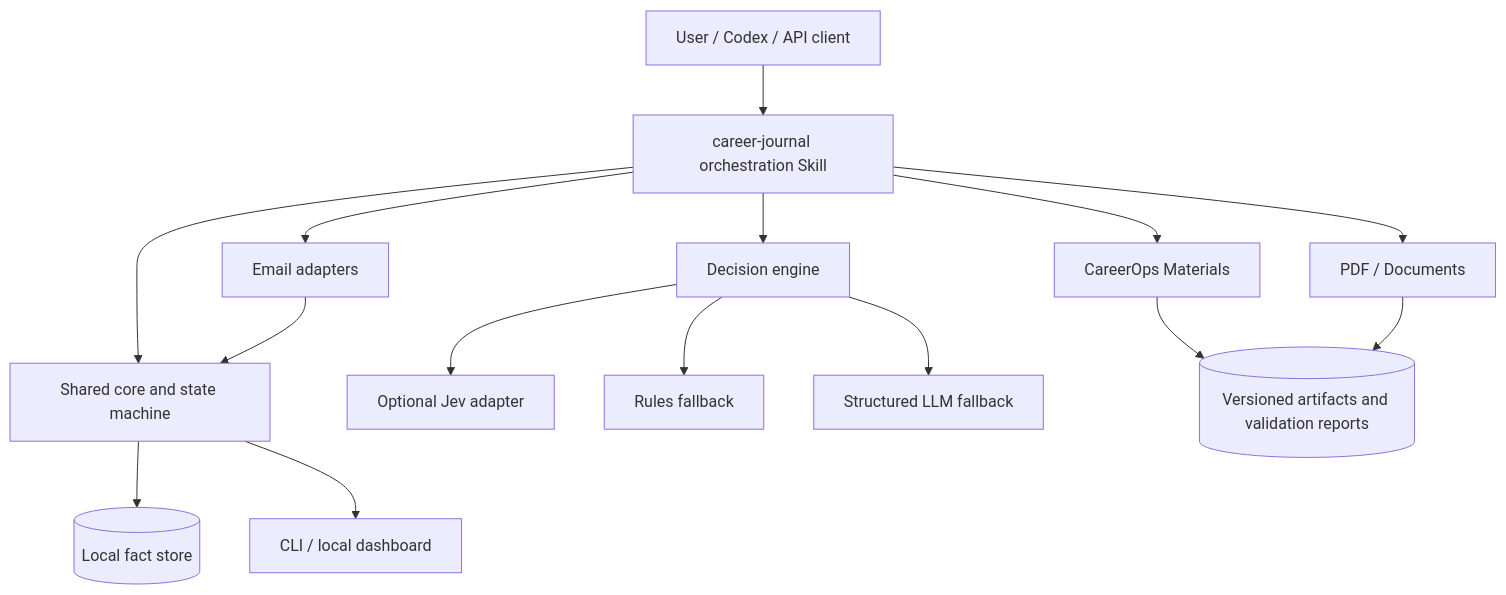
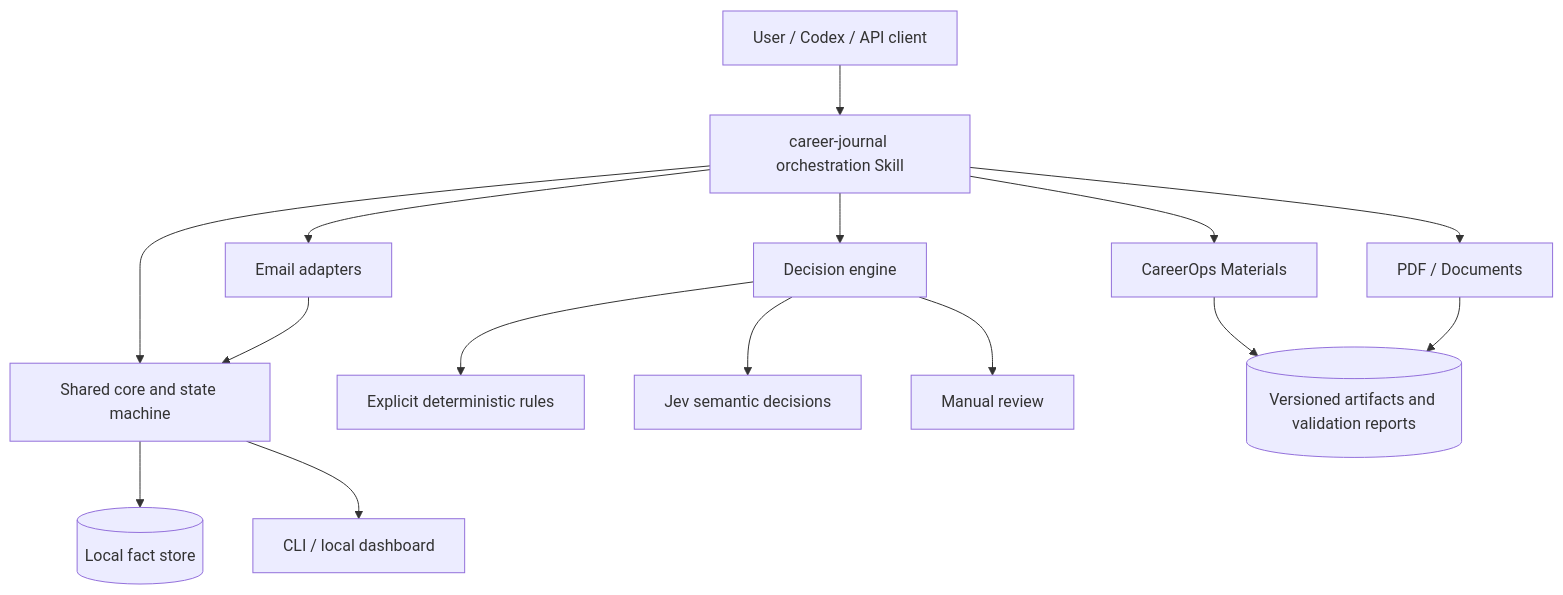
Before and after one commit to haowen-ai/career-journal: the diagram in docs/superpowers/specs/2026-09-19-job-search-ops-prd-design.en.md, drawn with Mermaid. The commit also changed other lines of this file and 29 other files, not shown here.

````diff
--- a/docs/superpowers/specs/2026-09-19-job-search-ops-prd-design.en.md
+++ b/docs/superpowers/specs/2026-09-19-job-search-ops-prd-design.en.md
@@ -97,17 +97,17 @@
 ```mermaid
 flowchart TB
     U[User / Codex / API client] --> O[career-journal orchestration Skill]
     O --> C[Shared core and state machine]
     O --> CO[CareerOps Materials]
     O --> EM[Email adapters]
     O --> DOC[PDF / Documents]
     O --> DE[Decision engine]
-    DE --> J[Optional Jev adapter]
-    DE --> R[Rules fallback]
-    DE --> L[Structured LLM fallback]
+    DE --> R[Explicit deterministic rules]
+    DE --> J[Jev semantic decisions]
+    DE --> M[Manual review]
     C --> DB[(Local fact store)]
     CO --> AR[(Versioned artifacts and validation reports)]
     EM --> C
     DOC --> AR
     C --> UI[CLI / local dashboard]
 ```
````
